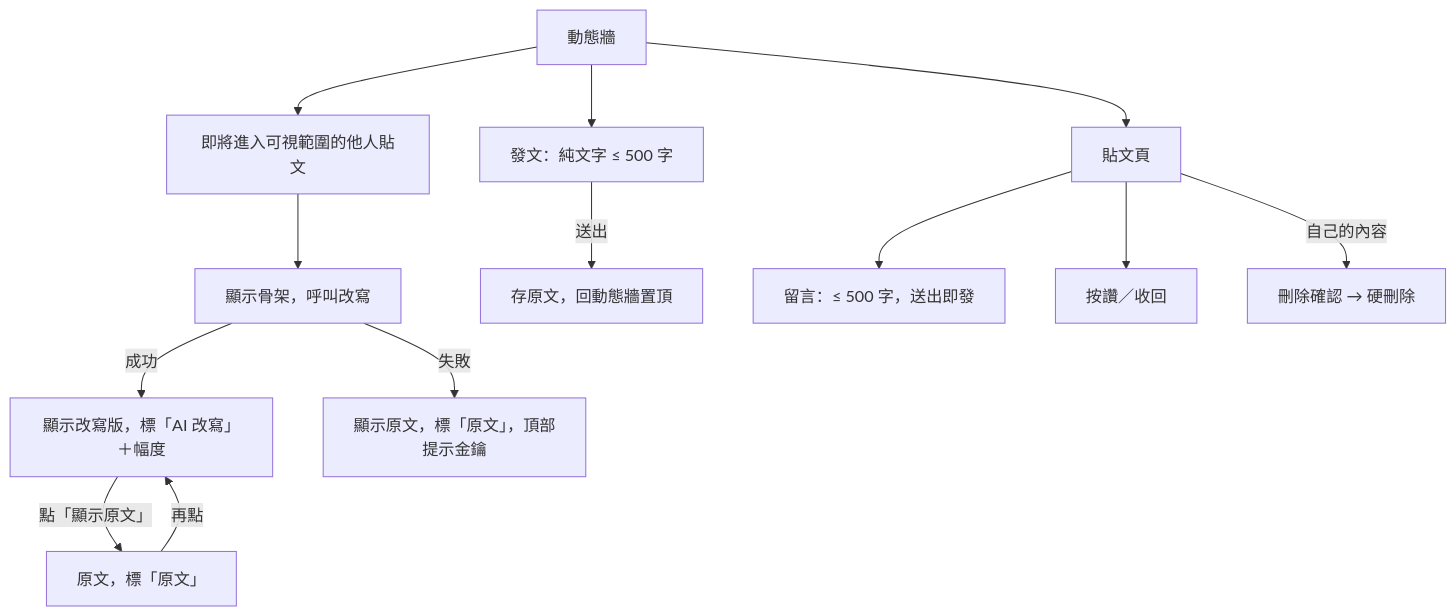
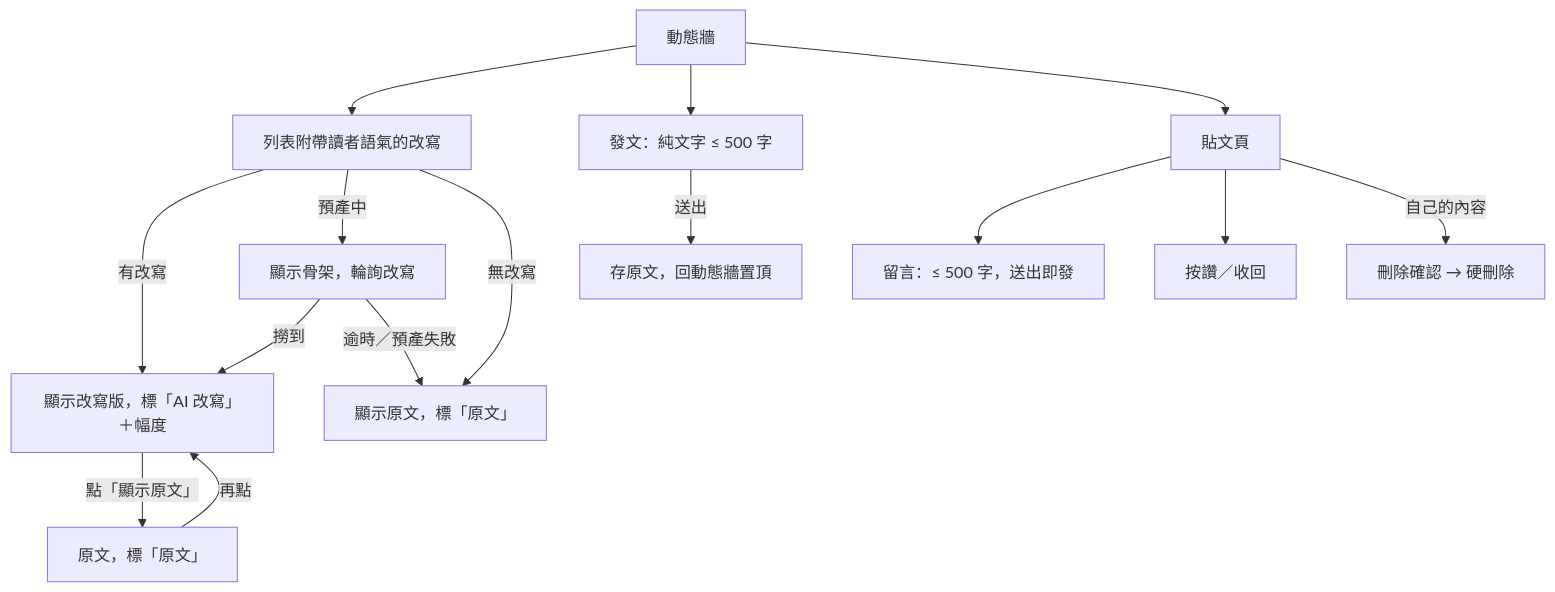
The diagram in backlog/docs/ai-social/doc-003 - 社群內容-PRD.md (yeeway0609/ai-social), drawn with Mermaid before and after one commit. The commit also changed 54 other files, not shown here.

````diff
--- a/backlog/docs/ai-social/doc-003 - 社群內容-PRD.md
+++ b/backlog/docs/ai-social/doc-003 - 社群內容-PRD.md
@@ -81,15 +81,17 @@
 ```mermaid
 flowchart TD
-  A[動態牆] --> B[即將進入可視範圍的他人貼文]
-  B --> C[顯示骨架，呼叫改寫]
-  C -- 成功 --> D[顯示改寫版，標「AI 改寫」＋幅度]
-  C -- 失敗 --> E[顯示原文，標「原文」，頂部提示金鑰]
+  A[動態牆] --> B[列表附帶讀者語氣的改寫]
+  B -- 有改寫 --> D[顯示改寫版，標「AI 改寫」＋幅度]
+  B -- 預產中 --> C[顯示骨架，輪詢改寫]
+  C -- 撈到 --> D
+  C -- 逾時／預產失敗 --> E[顯示原文，標「原文」]
+  B -- 無改寫 --> E
   D -- 點「顯示原文」 --> F[原文，標「原文」]
   F -- 再點 --> D
   A --> G[發文：純文字 ≤ 500 字]
   G -- 送出 --> H[存原文，回動態牆置頂]
   A --> I[貼文頁]
   I --> J[留言：≤ 500 字，送出即發]
   I --> K[按讚／收回]
   I -- 自己的內容 --> L[刪除確認 → 硬刪除]
 ```
````
